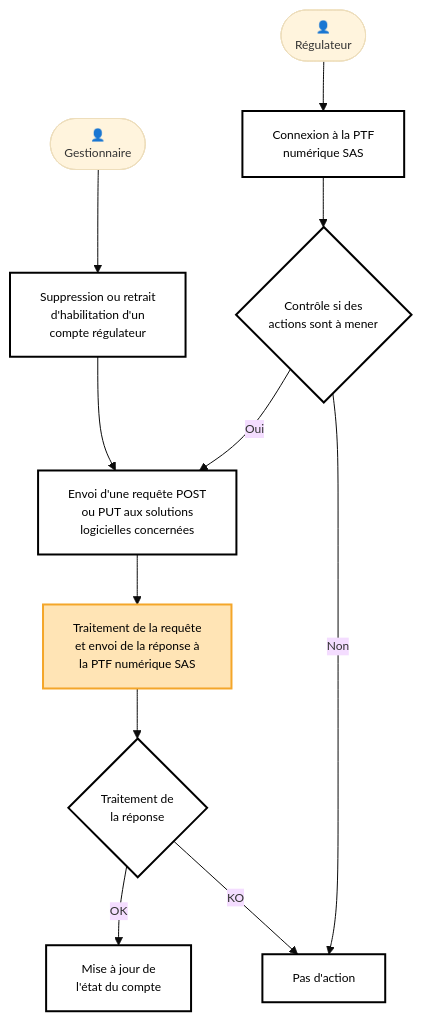
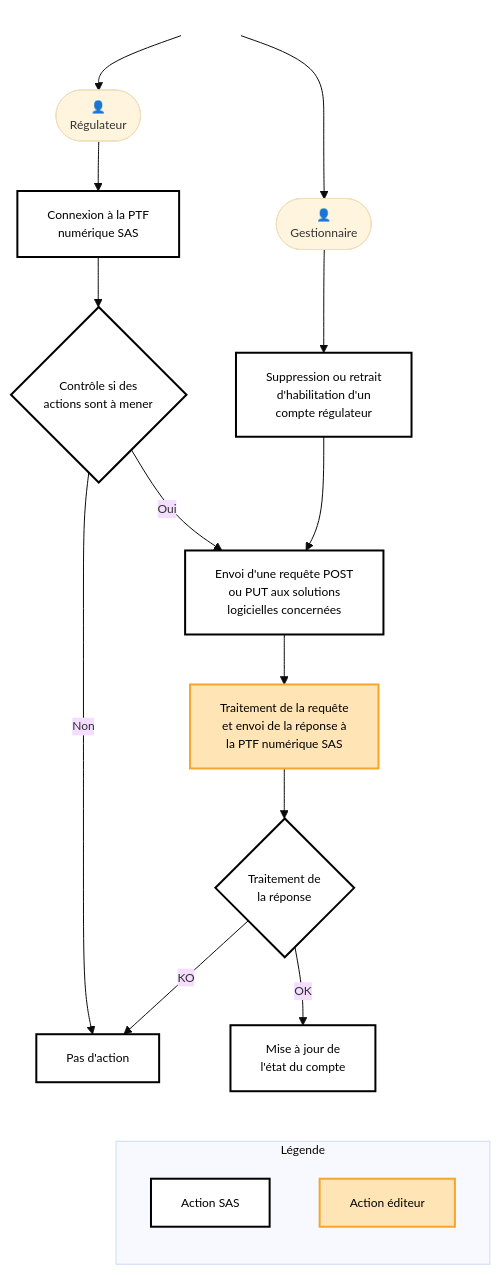
The diagram in input/pagecontent/specifications_fonctionnelles.md (ansforge/IG-fhir-service-acces-aux-soins), drawn with Mermaid before and after one commit.

```diff
--- a/input/pagecontent/specifications_fonctionnelles.md
+++ b/input/pagecontent/specifications_fonctionnelles.md
@@ -158,60 +158,74 @@
 <div class="mermaid">
 
 %%{init: {
   "theme": "base",
   "themeVariables": {
     "fontFamily": "verdana",
     "fontSize": "12px"
-  },
-  "flowchart": {
-    "useMaxWidth": false
   }
 }}%%
 
 flowchart TB
- 
+
+START[" "]
+
 GEST([👤<br/>Gestionnaire])
 REG([👤<br/>Régulateur])
- 
+
 SUP["Suppression ou retrait<br/>d'habilitation d'un<br/>compte régulateur"]
- 
+
 CON["Connexion à la PTF<br/>numérique SAS"]
- 
+
 CTRL{"Contrôle si des<br/>actions sont à mener"}
- 
+
 REQ["Envoi d'une requête POST<br/>ou PUT aux solutions<br/>logicielles concernées"]
- 
+
 TRAIT["Traitement de la requête<br/>et envoi de la réponse à<br/>la PTF numérique SAS"]
- 
+
 REP{"Traitement de<br/>la réponse"}
- 
+
 RIEN["Pas d'action"]
- 
+
 MAJ["Mise à jour de<br/>l'état du compte"]
+
+%% Racine unique invisible
+START --> REG
+START --> GEST
+
+REG --> CON
 GEST --> SUP
-REG --> CON
- 
+
 CON --> CTRL
- 
+
 CTRL -->|Oui| REQ
 CTRL -->|Non| RIEN
- 
+
 SUP --> REQ
- 
+
 REQ --> TRAIT
- 
+
 TRAIT --> REP
- 
+
 REP -->|OK| MAJ
 REP -->|KO| RIEN
- 
- 
+
+%% Légende
+subgraph LEG["Légende"]
+    direction TB
+    L1["Action SAS"]
+    L2["Action éditeur"]
+end
+
+MAJ ~~~ L1
+
 %% Styles
 classDef sas fill:#ffffff,stroke:#000000,stroke-width:2px,color:#000;
 classDef editeur fill:#FFE4B5,stroke:#F4A62A,stroke-width:2px,color:#000;
- 
 
 class CON,SUP,REQ,CTRL,REP,RIEN,MAJ,L1 sas;
- 
 class TRAIT,L2 editeur;
+
+%% Nœud invisible
+style START fill:none,stroke:none,color:none
+
 </div>
```
